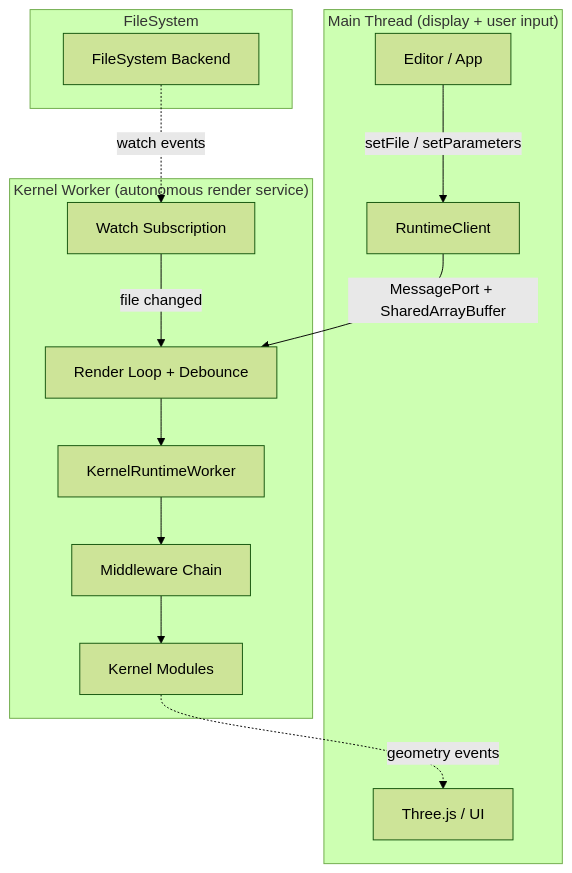
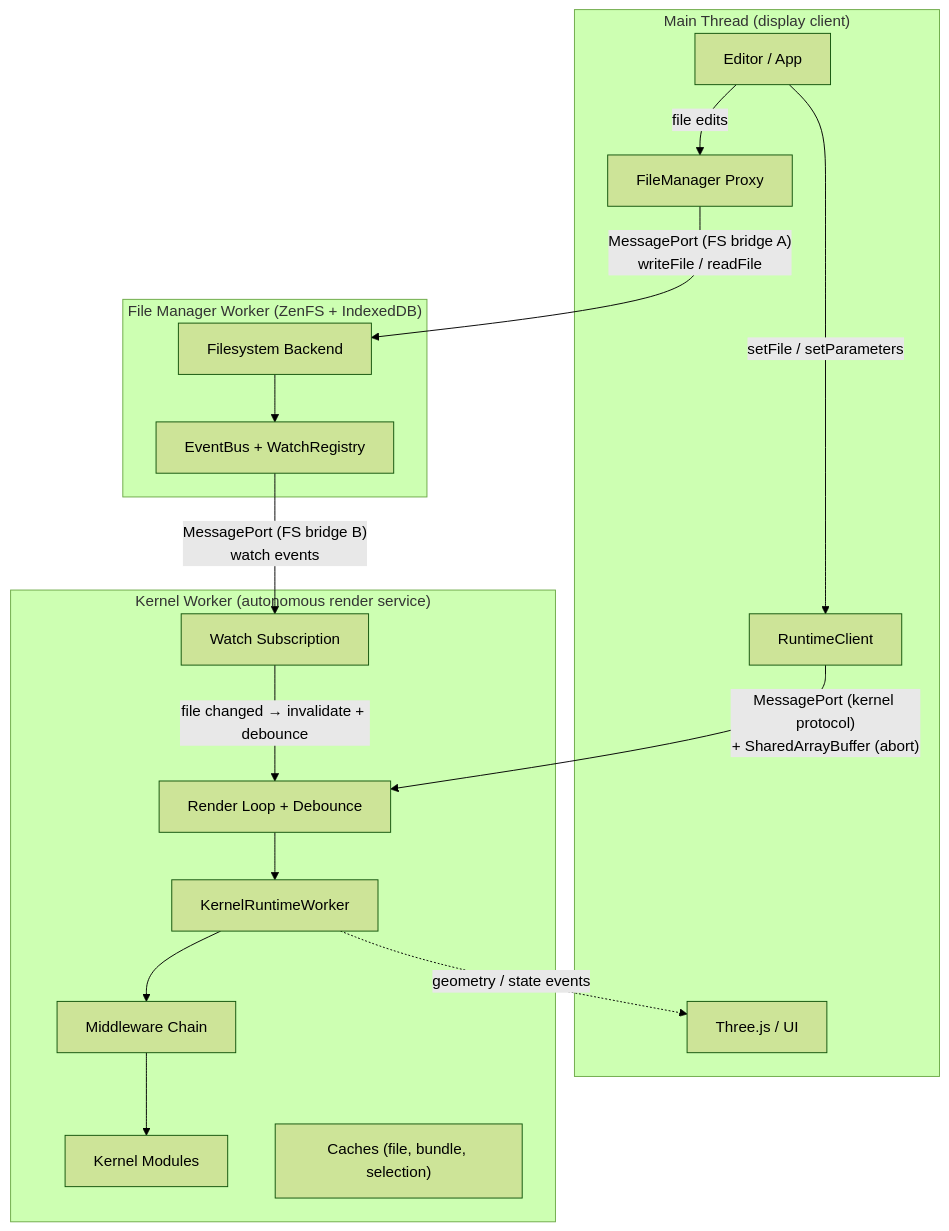
The first of 2 diagrams in apps/ui/content/docs/(runtime)/concepts/worker-model.mdx (ahzs645/tau), drawn with Mermaid (forest theme) before and after one commit. The commit also changed other lines of this file and 2 other files, not shown here.

Commit message:
docs(ui): refactor architecture doc to emphasize three-thread topology and autonomous render service

````diff
--- a/apps/ui/content/docs/(runtime)/concepts/worker-model.mdx
+++ b/apps/ui/content/docs/(runtime)/concepts/worker-model.mdx
@@ -17,29 +17,37 @@
 ```mermaid
 flowchart TB
-    subgraph Main["Main Thread (display + user input)"]
+    subgraph Main["Main Thread (display client)"]
         Editor["Editor / App"]
         Client["RuntimeClient"]
         Scene["Three.js / UI"]
+        FMProxy["FileManager Proxy"]
     end
 
     subgraph Worker["Kernel Worker (autonomous render service)"]
         RenderLoop["Render Loop + Debounce"]
         KernelWorker["KernelRuntimeWorker"]
         Middleware["Middleware Chain"]
         Kernels["Kernel Modules"]
         WatchSub["Watch Subscription"]
+        Caches["Caches (file, bundle, selection)"]
     end
 
-    subgraph FSWorker["FileSystem"]
-        FS["FileSystem Backend"]
+    subgraph FSWorker["File Manager Worker (ZenFS + IndexedDB)"]
+        FS["Filesystem Backend"]
+        EventBus["EventBus + WatchRegistry"]
     end
 
     Editor -->|"setFile / setParameters"| Client
-    Client -->|"MessagePort + SharedArrayBuffer"| RenderLoop
+    Client -->|"MessagePort (kernel protocol)\n+ SharedArrayBuffer (abort)"| RenderLoop
     RenderLoop --> KernelWorker
     KernelWorker --> Middleware
     Middleware --> Kernels
-    Kernels -.->|"geometry events"| Scene
-    FS -.->|"watch events"| WatchSub
-    WatchSub -->|"file changed"| RenderLoop
+    KernelWorker -.->|"geometry / state events"| Scene
+
+    Editor -->|"file edits"| FMProxy
+    FMProxy -->|"MessagePort (FS bridge A)\nwriteFile / readFile"| FS
+
+    FS --> EventBus
+    EventBus -->|"MessagePort (FS bridge B)\nwatch events"| WatchSub
+    WatchSub -->|"file changed → invalidate + debounce"| RenderLoop
 ```
````
